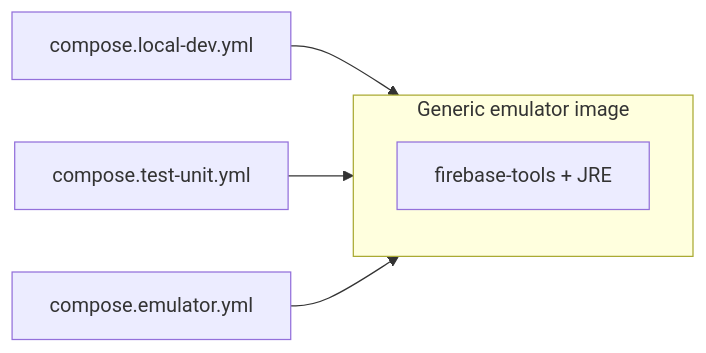
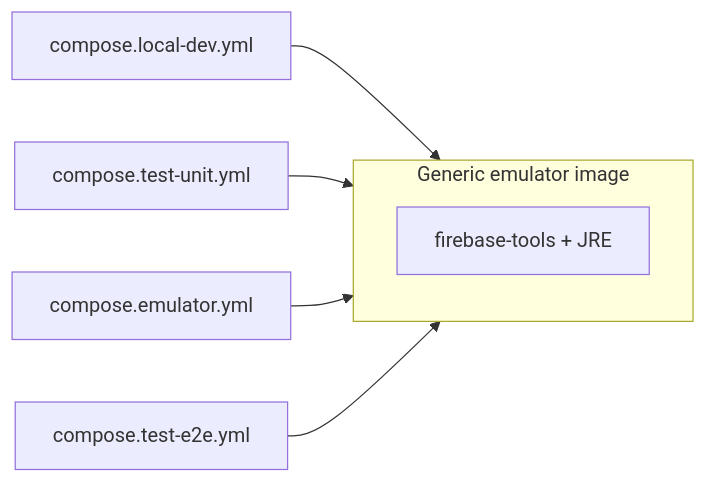
Before and after one commit to joaopmafra/sapie: the diagram in docs/plans/firebase_emulators_docker_plan.md, drawn with Mermaid. The commit also changed other lines of this file and 17 other files, not shown here.

````diff
--- a/docs/plans/firebase_emulators_docker_plan.md
+++ b/docs/plans/firebase_emulators_docker_plan.md
@@ -71,12 +72,14 @@
 ```mermaid
 flowchart LR
   subgraph image [Generic emulator image]
     FT[firebase-tools + JRE]
   end
   compose_dev[compose.local-dev.yml]
   compose_tu[compose.test-unit.yml]
+  compose_e2e[compose.test-e2e.yml]
   compose_full[compose.emulator.yml]
   compose_dev --> image
   compose_tu --> image
   compose_full --> image
+  compose_e2e --> image
 ```
````
